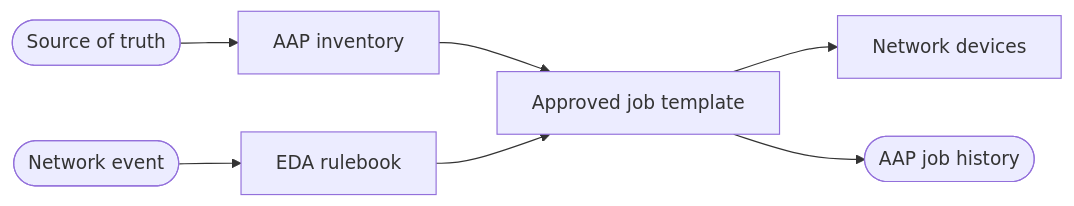
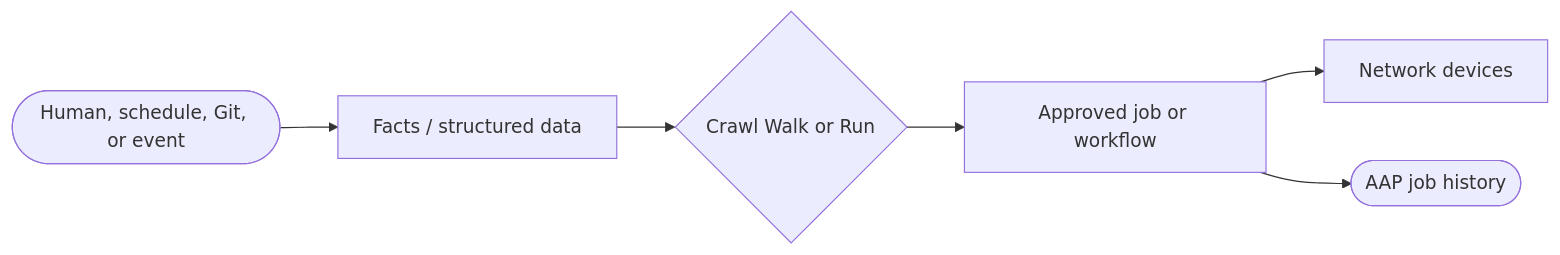
The diagram in README-Network-Automation.md (ansible-tmm/solution-guides), drawn with Mermaid before and after one commit. The commit also changed other lines of this file and 12 other files, not shown here.

````diff
--- a/README-Network-Automation.md
+++ b/README-Network-Automation.md
@@ -112,9 +200,8 @@
 ```mermaid
 graph LR
-  SoT([Source of truth]) --> Inv[AAP inventory]
-  Evt([Network event]) --> EDA[EDA rulebook]
-  Inv --> JT[Approved job template]
-  EDA --> JT
+  Start([Human, schedule, Git, or event]) --> Facts[Facts / structured data]
+  Facts --> Decide{Crawl Walk or Run}
+  Decide --> JT[Approved job or workflow]
   JT --> Dev[Network devices]
   JT --> Audit([AAP job history])
 ```
````
